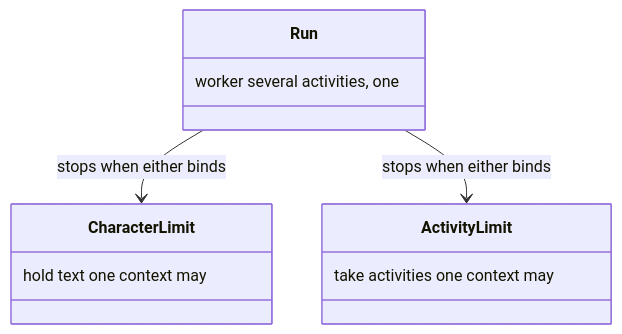
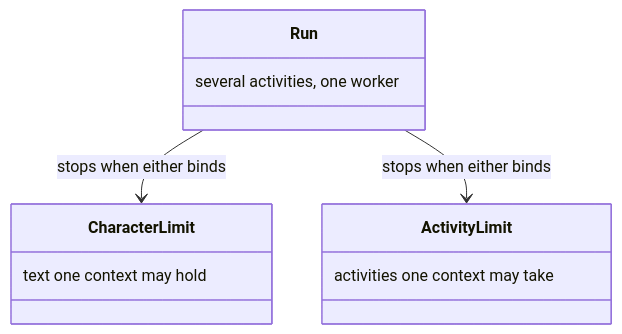
Diagram 16 of 26 in docs/delivery.md (m2ux/workflow-server), drawn with Mermaid before and after one commit. The commit also changed other lines of this file and 10 other files, not shown here.

Commit message:
Write each class-box note in reading order so the diagram shows the phrase as written.

````diff
--- a/docs/delivery.md
+++ b/docs/delivery.md
@@ -381,14 +381,14 @@
 ```mermaid
 classDiagram
   class Run {
-    worker several activities, one
+    several activities, one worker
   }
   class CharacterLimit {
-    hold text one context may
+    text one context may hold
   }
   class ActivityLimit {
-    take activities one context may
+    activities one context may take
   }
   Run --> CharacterLimit : stops when either binds
   Run --> ActivityLimit : stops when either binds
 ```
````
